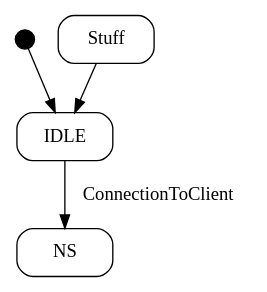
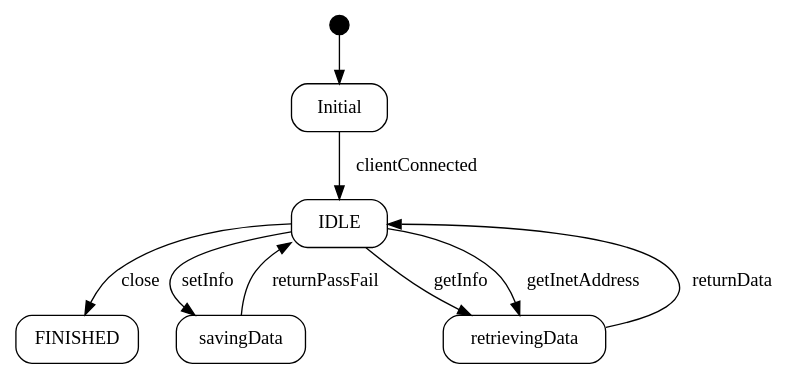
The diagram in Assignments/Assignment 4/E169_State_Machine.gv (fletchto99/SEG2105), drawn with Graphviz before and after one commit. The commit also changed 2 other files, not shown here.

Commit message:
Final State Machine for E169

```diff
--- a/Assignments/Assignment 4/E169_State_Machine.gv
+++ b/Assignments/Assignment 4/E169_State_Machine.gv
@@ -1,42 +1,62 @@
 // Code generated by Umple 1.22.0.5146
 
 digraph "E169_State_Machine" {
   compound = true;
   size="80,10"
 
   // Class: Model
 
-    // Top and Bottom Level StateMachine: ConnectionToClient
+    // Top and Bottom Level StateMachine: sm
     
     // Start states are shown as a black circle
     node [shape = point, fillcolor="black", width=0.2 ];
-    start_Model_ConnectionToClient [ tooltip = "Class Model, SM ConnectionToClient, State start" ];
+    start_Model_sm [ tooltip = "Class Model, SM sm, State start" ];
     
         
     // Format for normal states
     node [shape = rectangle, width=1,style=rounded];
     
+      // State: Initial
+
+      Model_sm_Initial [label = Initial, tooltip = "Class Model, SM sm, State Initial"];
+      // End State: Initial
+
       // State: IDLE
 
-      Model_ConnectionToClient_IDLE [label = IDLE, tooltip = "Class Model, SM ConnectionToClient, State IDLE"];
+      Model_sm_IDLE [label = IDLE, tooltip = "Class Model, SM sm, State IDLE"];
       // End State: IDLE
 
-      // State: Stuff
+      // State: FINISHED
 
-      Model_ConnectionToClient_Stuff [label = Stuff, tooltip = "Class Model, SM ConnectionToClient, State Stuff"];
-      // End State: Stuff
+      Model_sm_FINISHED [label = FINISHED, tooltip = "Class Model, SM sm, State FINISHED"];
+      // End State: FINISHED
 
-      // State: NS
+      // State: savingData
 
-      Model_ConnectionToClient_NS [label = NS, tooltip = "Class Model, SM ConnectionToClient, State NS"];
-      // End State: NS
-    // End Top and Bottom Level StateMachine: ConnectionToClient
+      Model_sm_savingData [label = savingData, tooltip = "Class Model, SM sm, State savingData"];
+      // End State: savingData
+
+      // State: retrievingData
+
+      Model_sm_retrievingData [label = retrievingData, tooltip = "Class Model, SM sm, State retrievingData"];
+      // End State: retrievingData
+    // End Top and Bottom Level StateMachine: sm
 
   // All transitions
-    start_Model_ConnectionToClient -> Model_ConnectionToClient_IDLE [  tooltip = "start to IDLE" ] ;
-    Model_ConnectionToClient_Stuff -> Model_ConnectionToClient_IDLE [  tooltip = "From Stuff to IDLE automatically" ] ;
+    start_Model_sm -> Model_sm_Initial [  tooltip = "start to Initial" ] ;
+    Model_sm_Initial -> Model_sm_IDLE [  label = "clientConnected", tooltip = "From Initial to IDLE on clientConnected" ] ;
   
-  Model_ConnectionToClient_IDLE -> Model_ConnectionToClient_NS [  label = "ConnectionToClient", tooltip = "From IDLE to NS on ConnectionToClient" ] ;
+  Model_sm_savingData -> Model_sm_IDLE [  label = "returnPassFail", tooltip = "From savingData to IDLE on returnPassFail" ] ;
+  
+  Model_sm_retrievingData -> Model_sm_IDLE [  label = "returnData", tooltip = "From retrievingData to IDLE on returnData" ] ;
+  
+  Model_sm_IDLE -> Model_sm_FINISHED [  label = "close", tooltip = "From IDLE to FINISHED on close" ] ;
+  
+  Model_sm_IDLE -> Model_sm_savingData [  label = "setInfo", tooltip = "From IDLE to savingData on setInfo" ] ;
+  
+  Model_sm_IDLE -> Model_sm_retrievingData [  label = "getInfo", tooltip = "From IDLE to retrievingData on getInfo" ] ;
+  
+  Model_sm_IDLE -> Model_sm_retrievingData [  label = "getInetAddress", tooltip = "From IDLE to retrievingData on getInetAddress" ] ;
   
 
 }
```
